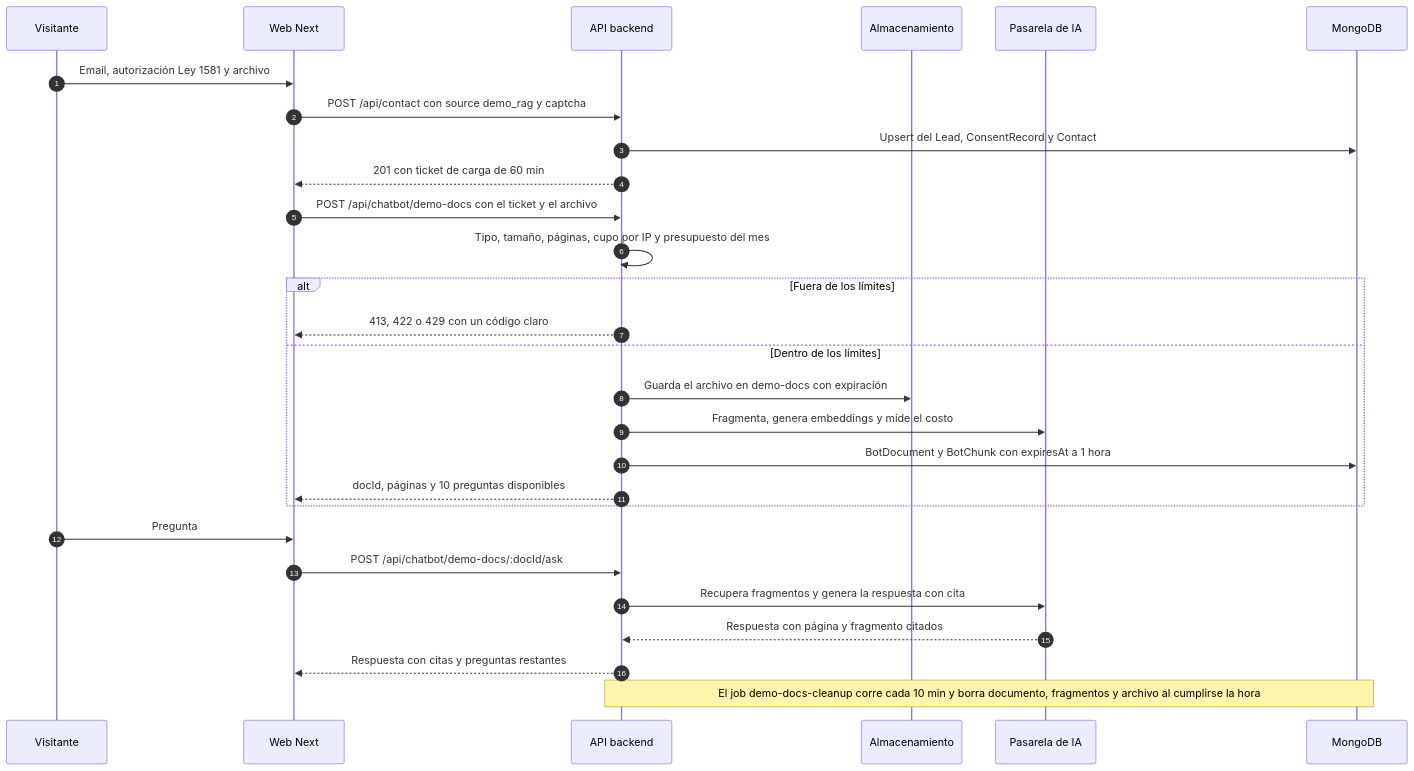
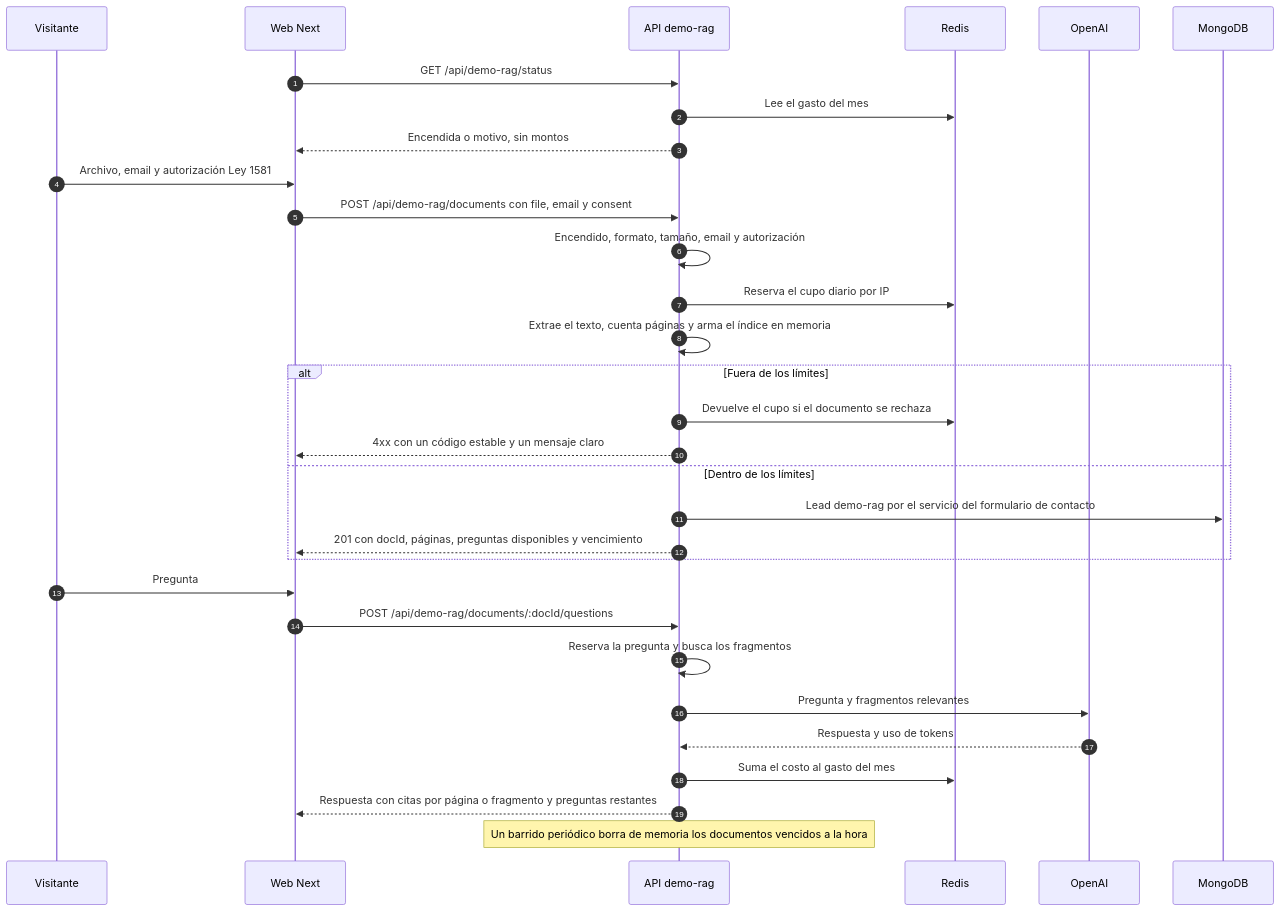
Before and after one commit to ronalc90/koptup: the fourth of 7 diagrams in docs/wiki/09-Backend-y-API.md, drawn with Mermaid. The commit also changed other lines of this file and 16 other files, not shown here.

First line of the commit message:
docs(wiki): estado final del reposicionamiento RAG

````diff
--- a/docs/wiki/09-Backend-y-API.md
+++ b/docs/wiki/09-Backend-y-API.md
@@ -531,30 +537,33 @@
 ```mermaid
 sequenceDiagram
   autonumber
   participant V as Visitante
   participant W as Web Next
-  participant A as API backend
-  participant S as Almacenamiento
-  participant G as Pasarela de IA
+  participant A as API demo-rag
+  participant R as Redis
+  participant O as OpenAI
   participant D as MongoDB
-  V->>W: Email, autorización Ley 1581 y archivo
-  W->>A: POST /api/contact con source demo_rag y captcha
-  A->>D: Upsert del Lead, ConsentRecord y Contact
-  A-->>W: 201 con ticket de carga de 60 min
-  W->>A: POST /api/chatbot/demo-docs con el ticket y el archivo
-  A->>A: Tipo, tamaño, páginas, cupo por IP y presupuesto del mes
+  W->>A: GET /api/demo-rag/status
+  A->>R: Lee el gasto del mes
+  A-->>W: Encendida o motivo, sin montos
+  V->>W: Archivo, email y autorización Ley 1581
+  W->>A: POST /api/demo-rag/documents con file, email y consent
+  A->>A: Encendido, formato, tamaño, email y autorización
+  A->>R: Reserva el cupo diario por IP
+  A->>A: Extrae el texto, cuenta páginas y arma el índice en memoria
   alt Fuera de los límites
-    A-->>W: 413, 422 o 429 con un código claro
+    A->>R: Devuelve el cupo si el documento se rechaza
+    A-->>W: 4xx con un código estable y un mensaje claro
   else Dentro de los límites
-    A->>S: Guarda el archivo en demo-docs con expiración
-    A->>G: Fragmenta, genera embeddings y mide el costo
-    A->>D: BotDocument y BotChunk con expiresAt a 1 hora
-    A-->>W: docId, páginas y 10 preguntas disponibles
+    A->>D: Lead demo-rag por el servicio del formulario de contacto
+    A-->>W: 201 con docId, páginas, preguntas disponibles y vencimiento
   end
   V->>W: Pregunta
-  W->>A: POST /api/chatbot/demo-docs/:docId/ask
-  A->>G: Recupera fragmentos y genera la respuesta con cita
-  G-->>A: Respuesta con página y fragmento citados
-  A-->>W: Respuesta con citas y preguntas restantes
-  Note over A,D: El job demo-docs-cleanup corre cada 10 min y borra documento, fragmentos y archivo al cumplirse la hora
+  W->>A: POST /api/demo-rag/documents/:docId/questions
+  A->>A: Reserva la pregunta y busca los fragmentos
+  A->>O: Pregunta y fragmentos relevantes
+  O-->>A: Respuesta y uso de tokens
+  A->>R: Suma el costo al gasto del mes
+  A-->>W: Respuesta con citas por página o fragmento y preguntas restantes
+  Note over A: Un barrido periódico borra de memoria los documentos vencidos a la hora
 ```
````
